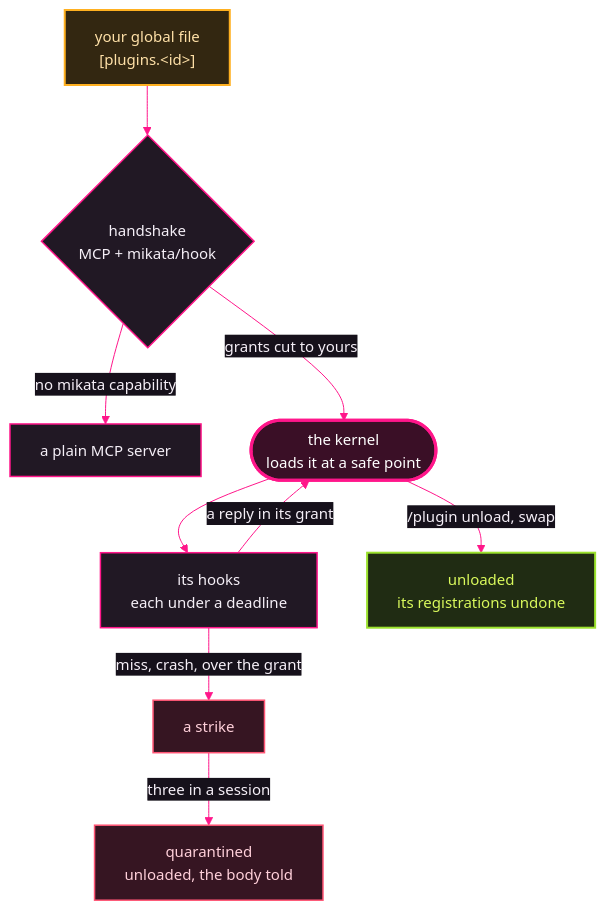
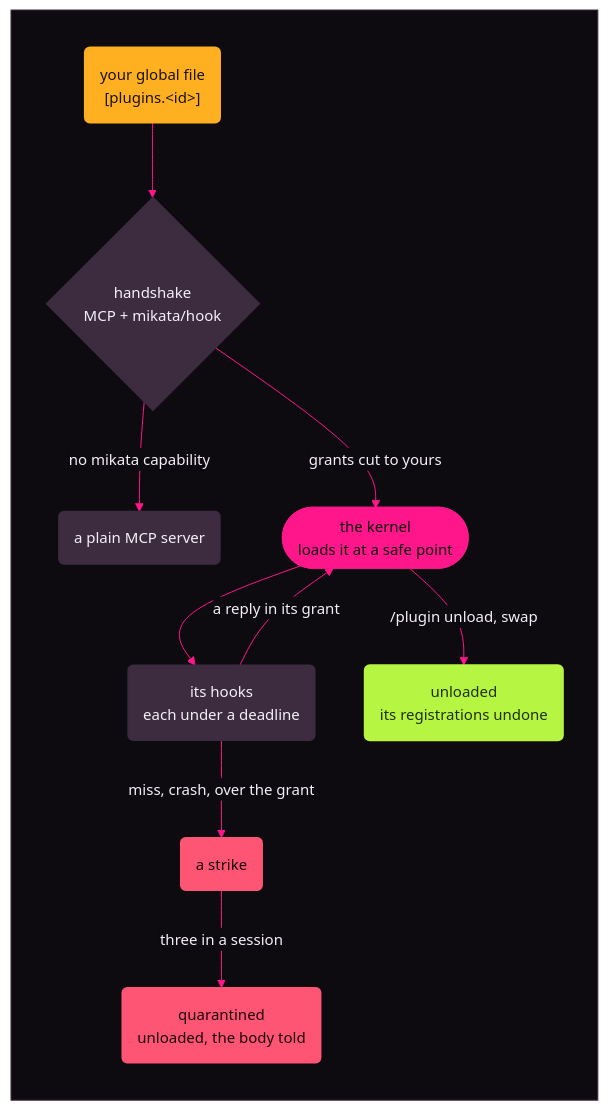
Before and after one commit to Kaginari/mikata: the diagram in docs/experimental/plugins.md, drawn with Mermaid. The commit also changed 55 other files, not shown here.

````diff
--- a/docs/experimental/plugins.md
+++ b/docs/experimental/plugins.md
@@ -16,73 +16,77 @@
 ```mermaid
 ---
 config:
   theme: base
   themeVariables:
     darkMode: true
     background: "#0d0b10"
     fontFamily: "Inter, Segoe UI, system-ui, -apple-system, Helvetica, Arial, sans-serif"
     fontSize: "15px"
-    primaryColor: "#211824"
+    primaryColor: "#3d2b40"
     primaryTextColor: "#f5eff7"
-    primaryBorderColor: "#ff168a"
-    secondaryColor: "#2c2030"
+    primaryBorderColor: "#3d2b40"
+    secondaryColor: "#59405d"
     secondaryTextColor: "#f5eff7"
-    secondaryBorderColor: "#ff655c"
+    secondaryBorderColor: "#59405d"
     tertiaryColor: "#16111b"
     tertiaryTextColor: "#f5eff7"
-    tertiaryBorderColor: "#59405d"
+    tertiaryBorderColor: "#3d2b40"
     lineColor: "#ff168a"
     textColor: "#f5eff7"
     titleColor: "#f5eff7"
-    edgeLabelBackground: "#16111b"
+    edgeLabelBackground: "#0d0b10"
     clusterBkg: "#16111b"
-    clusterBorder: "#59405d"
-    noteBkgColor: "#332711"
-    noteTextColor: "#ffe1a8"
+    clusterBorder: "#3d2b40"
+    noteBkgColor: "#ffb020"
+    noteTextColor: "#1a1205"
     noteBorderColor: "#ffb020"
-    actorBkg: "#211824"
-    actorBorder: "#ff168a"
+    actorBkg: "#3d2b40"
+    actorBorder: "#3d2b40"
     actorTextColor: "#f5eff7"
     actorLineColor: "#59405d"
     signalColor: "#ff655c"
     signalTextColor: "#f5eff7"
-    labelBoxBkgColor: "#211824"
-    labelBoxBorderColor: "#ff168a"
+    labelBoxBkgColor: "#3d2b40"
+    labelBoxBorderColor: "#3d2b40"
     labelTextColor: "#f5eff7"
     loopTextColor: "#f5eff7"
-    activationBkgColor: "#3a0f26"
+    activationBkgColor: "#ff168a"
     activationBorderColor: "#ff168a"
     sequenceNumberColor: "#0d0b10"
     transitionColor: "#ff168a"
     transitionLabelColor: "#f5eff7"
     stateLabelColor: "#f5eff7"
-    stateBkg: "#211824"
-    labelBackgroundColor: "#16111b"
+    stateBkg: "#3d2b40"
+    labelBackgroundColor: "#0d0b10"
     compositeBackground: "#16111b"
-    compositeTitleBackground: "#211824"
+    compositeTitleBackground: "#3d2b40"
     altBackground: "#16111b"
     specialStateColor: "#b6f542"
     innerEndBackground: "#b6f542"
   flowchart:
     wrappingWidth: 200
 ---
 flowchart TD
-    G["your global file<br/>[plugins.&lt;id&gt;]"] --> H{"handshake<br/>MCP + mikata/hook"}
-    H -->|no mikata capability| MCP["a plain MCP server"]
-    H -->|grants cut to yours| K(["the kernel<br/>loads it at a safe point"])
-    K --> HK["its hooks<br/>each under a deadline"]
-    HK -->|a reply in its grant| K
-    HK -->|miss, crash, over the grant| ST["a strike"]
-    ST -->|three in a session| Q["quarantined<br/>unloaded, the body told"]
-    K -->|/plugin unload, swap| U["unloaded<br/>its registrations undone"]
-    classDef you fill:#332711,stroke:#ffb020,stroke-width:2px,color:#ffe1a8
+    subgraph MIKATA_BG[" "]
+      direction TB
+      G("your global file<br/>[plugins.&lt;id&gt;]") --> H{"handshake<br/>MCP + mikata/hook"}
+      H -->|no mikata capability| MCP("a plain MCP server")
+      H -->|grants cut to yours| K(["the kernel<br/>loads it at a safe point"])
+      K --> HK("its hooks<br/>each under a deadline")
+      HK -->|a reply in its grant| K
+      HK -->|miss, crash, over the grant| ST("a strike")
+      ST -->|three in a session| Q("quarantined<br/>unloaded, the body told")
+      K -->|/plugin unload, swap| U("unloaded<br/>its registrations undone")
+    end
+    classDef you fill:#ffb020,stroke:#ffb020,stroke-width:2px,color:#1a1205
     class G you
-    classDef core fill:#3a0f26,stroke:#ff168a,stroke-width:3px,color:#ffffff
+    classDef core fill:#ff168a,stroke:#ff168a,stroke-width:2px,color:#0d0b10
     class K core
-    classDef step fill:#211824,stroke:#ff168a,stroke-width:1.5px,color:#f5eff7
+    classDef step fill:#3d2b40,stroke:#3d2b40,stroke-width:1.5px,color:#f5eff7
     class H,HK,MCP step
-    classDef bad fill:#361522,stroke:#ff5575,stroke-width:1.5px,color:#ffd0da
+    classDef bad fill:#ff5575,stroke:#ff5575,stroke-width:1.5px,color:#1a0509
     class ST,Q bad
-    classDef done fill:#202c13,stroke:#9be22d,stroke-width:2px,color:#d9f95c
+    classDef done fill:#b6f542,stroke:#b6f542,stroke-width:2px,color:#203008
     class U done
+    style MIKATA_BG fill:#0d0b10,stroke:#3d2b40,color:#0d0b10
 ```
````
